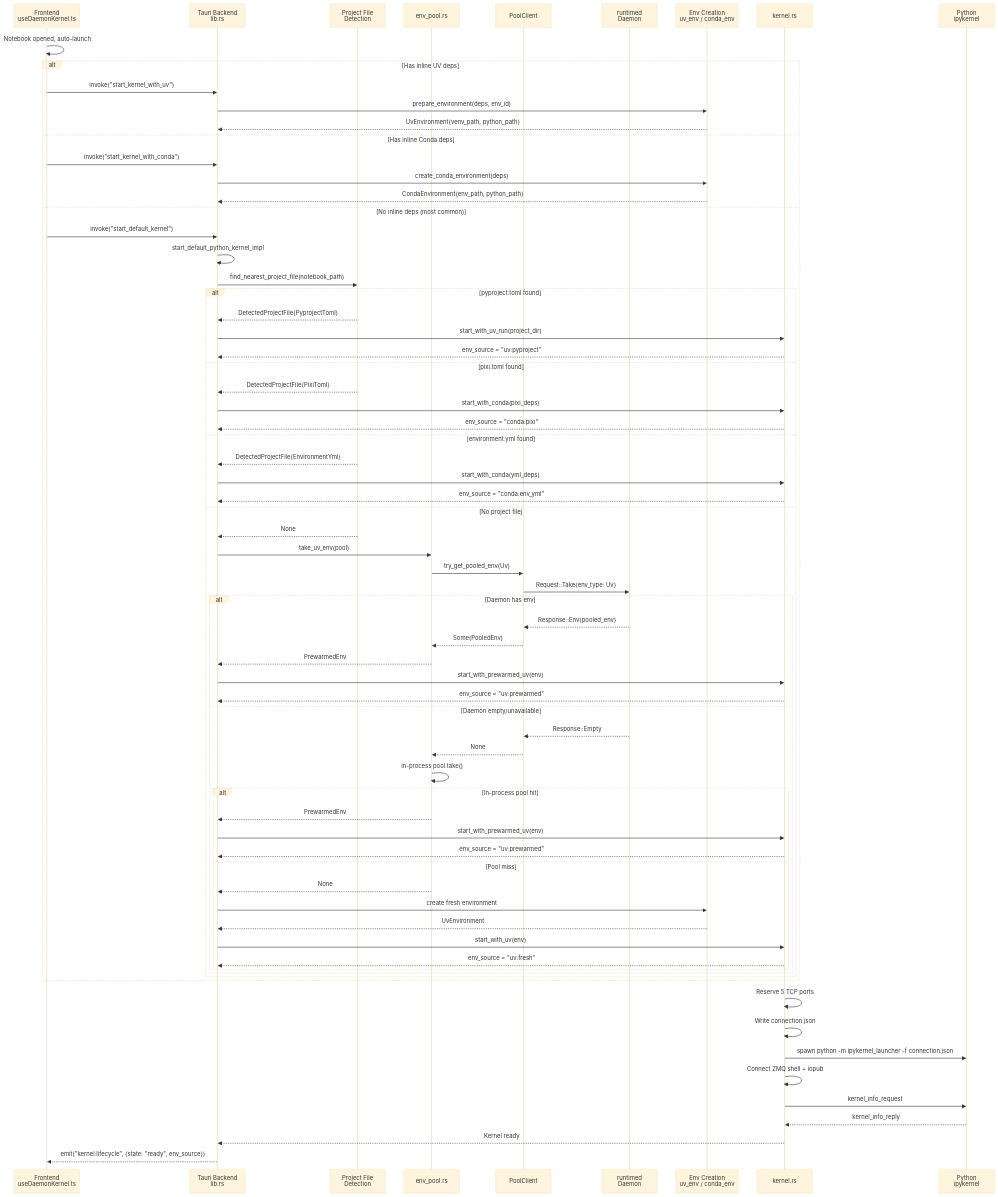
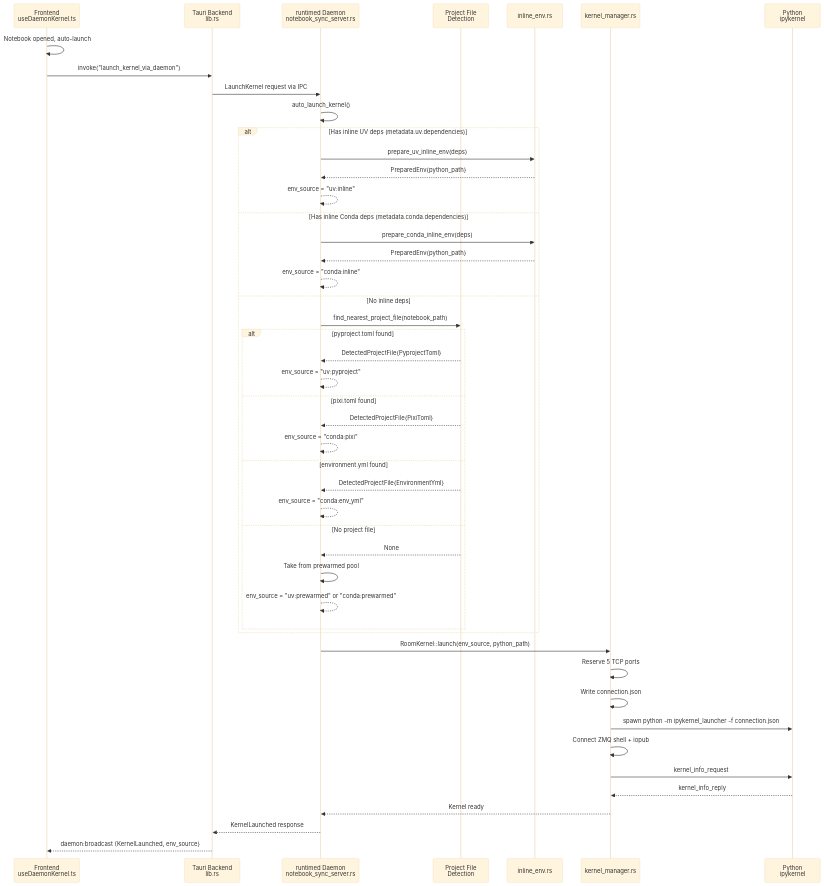
The second of 3 diagrams in contributing/environments.md (nteract/desktop), drawn with Mermaid (base theme) before and after one commit. The commit also changed other lines of this file and 3 other files, not shown here.

First line of the commit message:
docs: update documentation to reflect daemon-centric architecture

````diff
--- a/contributing/environments.md
+++ b/contributing/environments.md
@@ -229,79 +160,54 @@
 ```mermaid
 sequenceDiagram
     participant FE as Frontend<br/>useDaemonKernel.ts
     participant TC as Tauri Backend<br/>lib.rs
+    participant DM as runtimed Daemon<br/>notebook_sync_server.rs
     participant PF as Project File<br/>Detection
-    participant EP as env_pool.rs
-    participant DC as PoolClient
-    participant DM as runtimed<br/>Daemon
-    participant ENV as Env Creation<br/>uv_env / conda_env
-    participant K as kernel.rs
+    participant IE as inline_env.rs
+    participant KM as kernel_manager.rs
     participant PY as Python<br/>ipykernel
 
     FE->>FE: Notebook opened, auto-launch
+    FE->>TC: invoke("launch_kernel_via_daemon")
+    TC->>DM: LaunchKernel request via IPC
 
-    alt Has inline UV deps
-        FE->>TC: invoke("start_kernel_with_uv")
-        TC->>ENV: prepare_environment(deps, env_id)
-        ENV-->>TC: UvEnvironment{venv_path, python_path}
-    else Has inline Conda deps
-        FE->>TC: invoke("start_kernel_with_conda")
-        TC->>ENV: create_conda_environment(deps)
-        ENV-->>TC: CondaEnvironment{env_path, python_path}
-    else No inline deps (most common)
-        FE->>TC: invoke("start_default_kernel")
-        TC->>TC: start_default_python_kernel_impl
+    DM->>DM: auto_launch_kernel()
 
-        TC->>PF: find_nearest_project_file(notebook_path)
+    alt Has inline UV deps (metadata.uv.dependencies)
+        DM->>IE: prepare_uv_inline_env(deps)
+        IE-->>DM: PreparedEnv{python_path}
+        DM-->>DM: env_source = "uv:inline"
+    else Has inline Conda deps (metadata.conda.dependencies)
+        DM->>IE: prepare_conda_inline_env(deps)
+        IE-->>DM: PreparedEnv{python_path}
+        DM-->>DM: env_source = "conda:inline"
+    else No inline deps
+        DM->>PF: find_nearest_project_file(notebook_path)
         alt pyproject.toml found
-            PF-->>TC: DetectedProjectFile{PyprojectToml}
-            TC->>K: start_with_uv_run(project_dir)
-            K-->>TC: env_source = "uv:pyproject"
+            PF-->>DM: DetectedProjectFile{PyprojectToml}
+            DM-->>DM: env_source = "uv:pyproject"
         else pixi.toml found
-            PF-->>TC: DetectedProjectFile{PixiToml}
-            TC->>K: start_with_conda(pixi_deps)
-            K-->>TC: env_source = "conda:pixi"
+            PF-->>DM: DetectedProjectFile{PixiToml}
+            DM-->>DM: env_source = "conda:pixi"
         else environment.yml found
-            PF-->>TC: DetectedProjectFile{EnvironmentYml}
-            TC->>K: start_with_conda(yml_deps)
-            K-->>TC: env_source = "conda:env_yml"
+            PF-->>DM: DetectedProjectFile{EnvironmentYml}
+            DM-->>DM: env_source = "conda:env_yml"
         else No project file
-            PF-->>TC: None
-            TC->>EP: take_uv_env(pool)
-            EP->>DC: try_get_pooled_env(Uv)
-            DC->>DM: Request::Take{env_type: Uv}
-            alt Daemon has env
-                DM-->>DC: Response::Env{pooled_env}
-                DC-->>EP: Some(PooledEnv)
-                EP-->>TC: PrewarmedEnv
-                TC->>K: start_with_prewarmed_uv(env)
-                K-->>TC: env_source = "uv:prewarmed"
-            else Daemon empty/unavailable
-                DM-->>DC: Response::Empty
-                DC-->>EP: None
-                EP->>EP: in-process pool.take()
-                alt In-process pool hit
-                    EP-->>TC: PrewarmedEnv
-                    TC->>K: start_with_prewarmed_uv(env)
-                    K-->>TC: env_source = "uv:prewarmed"
-                else Pool miss
-                    EP-->>TC: None
-                    TC->>ENV: create fresh environment
-                    ENV-->>TC: UvEnvironment
-                    TC->>K: start_with_uv(env)
-                    K-->>TC: env_source = "uv:fresh"
-                end
-            end
+            PF-->>DM: None
+            DM->>DM: Take from prewarmed pool
+            DM-->>DM: env_source = "uv:prewarmed" or "conda:prewarmed"
         end
     end
 
-    K->>K: Reserve 5 TCP ports
-    K->>K: Write connection.json
-    K->>PY: spawn python -m ipykernel_launcher -f connection.json
-    K->>K: Connect ZMQ shell + iopub
-    K->>PY: kernel_info_request
-    PY-->>K: kernel_info_reply
-    K-->>TC: Kernel ready
+    DM->>KM: RoomKernel::launch(env_source, python_path)
+    KM->>KM: Reserve 5 TCP ports
+    KM->>KM: Write connection.json
+    KM->>PY: spawn python -m ipykernel_launcher -f connection.json
+    KM->>KM: Connect ZMQ shell + iopub
+    KM->>PY: kernel_info_request
+    PY-->>KM: kernel_info_reply
+    KM-->>DM: Kernel ready
 
-    TC-->>FE: emit("kernel:lifecycle", {state: "ready", env_source})
+    DM-->>TC: KernelLaunched response
+    TC-->>FE: daemon:broadcast {KernelLaunched, env_source}
 ```
````
